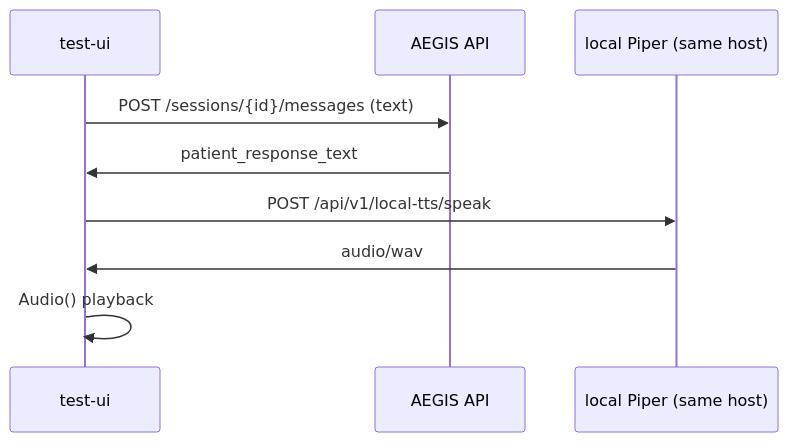
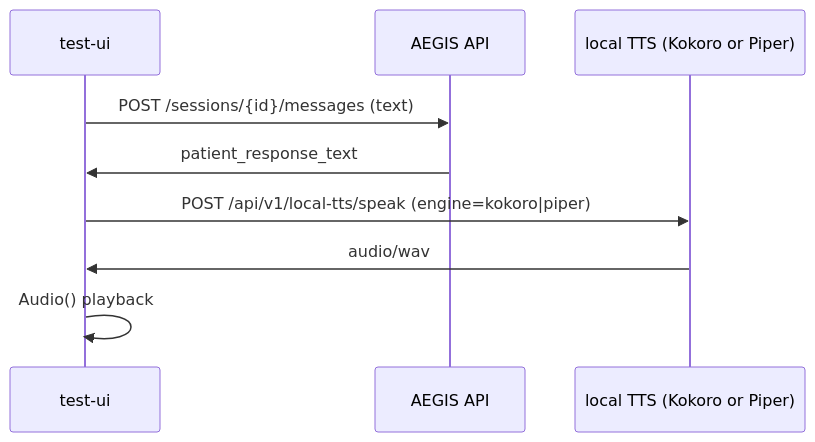
The second of 2 diagrams in docs/VOICE_PIPELINE.md (BlueHellz/bohike_ai_med_LLM), drawn with Mermaid before and after one commit. The commit also changed other lines of this file and 30 other files, not shown here.

````diff
--- a/docs/VOICE_PIPELINE.md
+++ b/docs/VOICE_PIPELINE.md
@@ -57,12 +68,12 @@
 ```mermaid
 sequenceDiagram
     participant UI as test-ui
     participant API as AEGIS API
-    participant Piper as local Piper (same host)
+    participant TTS as local TTS (Kokoro or Piper)
 
     UI->>API: POST /sessions/{id}/messages (text)
     API->>UI: patient_response_text
-    UI->>Piper: POST /api/v1/local-tts/speak
-    Piper->>UI: audio/wav
+    UI->>TTS: POST /api/v1/local-tts/speak (engine=kokoro|piper)
+    TTS->>UI: audio/wav
     UI->>UI: Audio() playback
 ```
````
